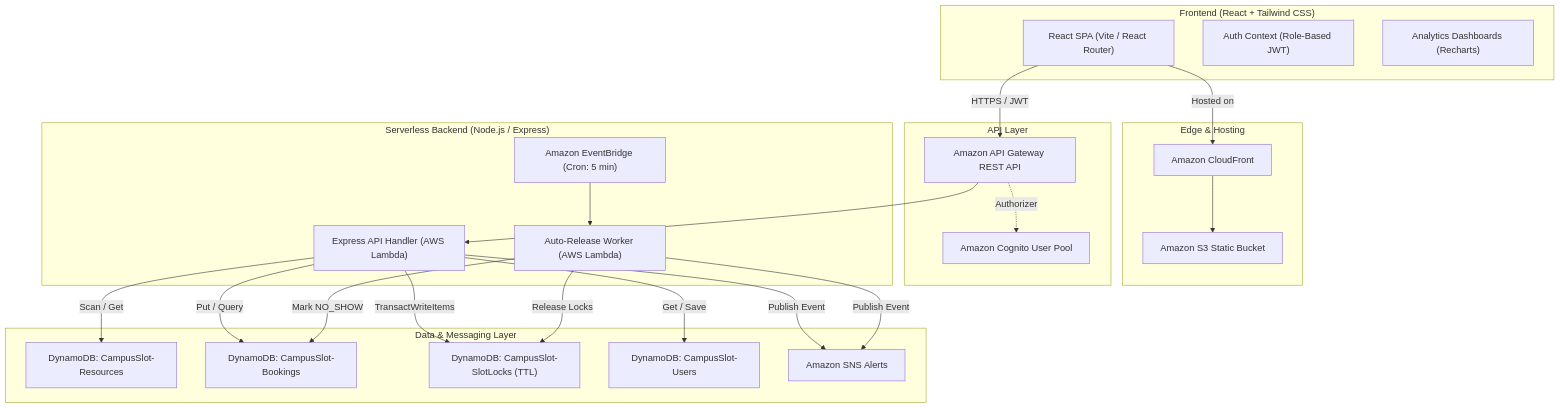
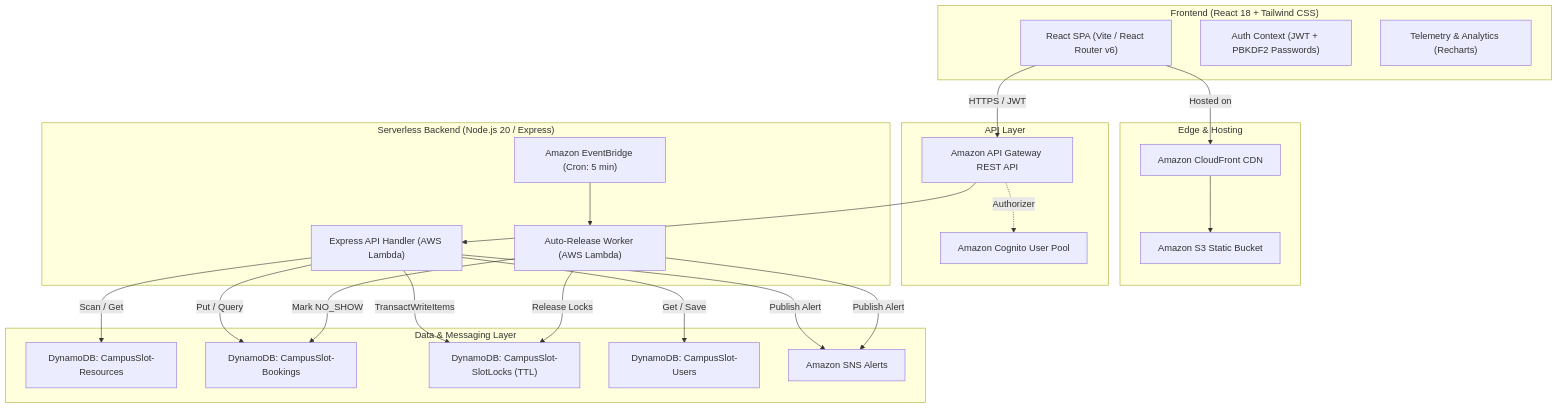
One commit to kkrishkataria/Resourcify changed the diagram in README.md. Above: the diagram before and after it, drawn with Mermaid. The commit also changed other lines of this file and 15 other files, not shown here.

````diff
--- a/README.md
+++ b/README.md
@@ -11,46 +12,46 @@
 ```mermaid
 flowchart TD
-    subgraph Client["Frontend (React + Tailwind CSS)"]
-        UI["React SPA (Vite / React Router)"]
-        AuthContext["Auth Context (Role-Based JWT)"]
-        RechartsView["Analytics Dashboards (Recharts)"]
+    subgraph Client["Frontend (React 18 + Tailwind CSS)"]
+        UI["React SPA (Vite / React Router v6)"]
+        AuthContext["Auth Context (JWT + PBKDF2 Passwords)"]
+        RechartsView["Telemetry & Analytics (Recharts)"]
     end
 
     subgraph CDN["Edge & Hosting"]
-        CF["Amazon CloudFront"]
+        CF["Amazon CloudFront CDN"]
         S3["Amazon S3 Static Bucket"]
         UI -->|Hosted on| CF --> S3
     end
 
     subgraph Gateway["API Layer"]
         APIGW["Amazon API Gateway REST API"]
         Cognito["Amazon Cognito User Pool"]
         UI -->|HTTPS / JWT| APIGW
         APIGW -.->|Authorizer| Cognito
     end
 
-    subgraph Compute["Serverless Backend (Node.js / Express)"]
+    subgraph Compute["Serverless Backend (Node.js 20 / Express)"]
         ApiLambda["Express API Handler (AWS Lambda)"]
         AutoReleaseLambda["Auto-Release Worker (AWS Lambda)"]
         EventBridge["Amazon EventBridge (Cron: 5 min)"]
         APIGW --> ApiLambda
         EventBridge --> AutoReleaseLambda
     end
 
     subgraph Storage["Data & Messaging Layer"]
         DDB_Res["DynamoDB: CampusSlot-Resources"]
         DDB_Book["DynamoDB: CampusSlot-Bookings"]
         DDB_Locks["DynamoDB: CampusSlot-SlotLocks (TTL)"]
         DDB_Users["DynamoDB: CampusSlot-Users"]
         SNS["Amazon SNS Alerts"]
 
         ApiLambda -->|TransactWriteItems| DDB_Locks
         ApiLambda -->|Put / Query| DDB_Book
         ApiLambda -->|Scan / Get| DDB_Res
         ApiLambda -->|Get / Save| DDB_Users
         AutoReleaseLambda -->|Release Locks| DDB_Locks
         AutoReleaseLambda -->|Mark NO_SHOW| DDB_Book
-        ApiLambda -->|Publish Event| SNS
-        AutoReleaseLambda -->|Publish Event| SNS
+        ApiLambda -->|Publish Alert| SNS
+        AutoReleaseLambda -->|Publish Alert| SNS
     end
 ```
````
